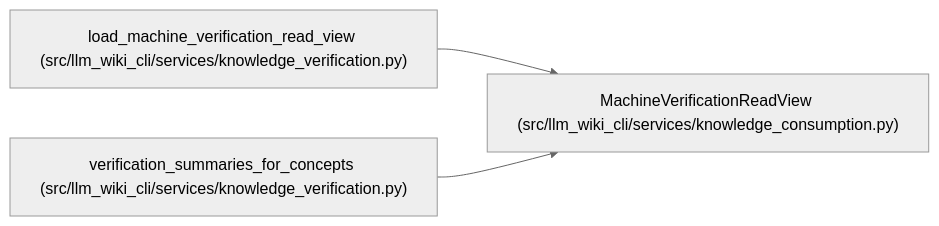
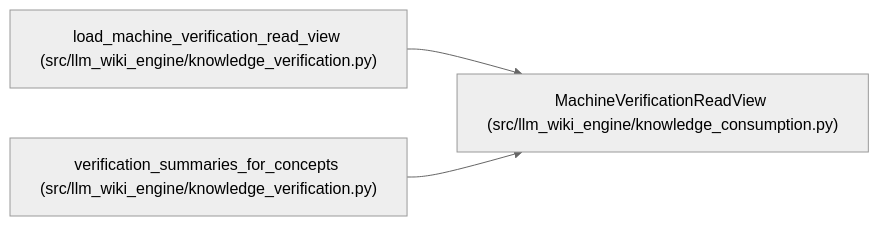
Before and after one commit to Denissvgn/python-wiki-llm: the diagram in docs/llm_wiki/entities/MachineVerificationReadView.md, drawn with Mermaid (neutral theme). The commit also changed other lines of this file and 1058 other files, not shown here.

First line of the commit message:
docs: refresh the wiki for the knowledge store move

````diff
--- a/docs/llm_wiki/entities/MachineVerificationReadView.md
+++ b/docs/llm_wiki/entities/MachineVerificationReadView.md
@@ -38,11 +38,11 @@
 ```mermaid
 flowchart LR
-    n0["MachineVerificationReadView (src/llm_wiki_cli/services/knowledge_consumption.py)"]
-    n1["load_machine_verification_read_view (src/llm_wiki_cli/services/knowledge_verification.py)"]
-    n2["verification_summaries_for_concepts (src/llm_wiki_cli/services/knowledge_verification.py)"]
+    n0["MachineVerificationReadView (src/llm_wiki_engine/knowledge_consumption.py)"]
+    n1["load_machine_verification_read_view (src/llm_wiki_engine/knowledge_verification.py)"]
+    n2["verification_summaries_for_concepts (src/llm_wiki_engine/knowledge_verification.py)"]
     n1 --> n0
     n2 --> n0
     click n0 "../modules/knowledge_consumption.md"
     click n1 "../modules/knowledge_verification.md"
     click n2 "../modules/knowledge_verification.md"
 ```
````
